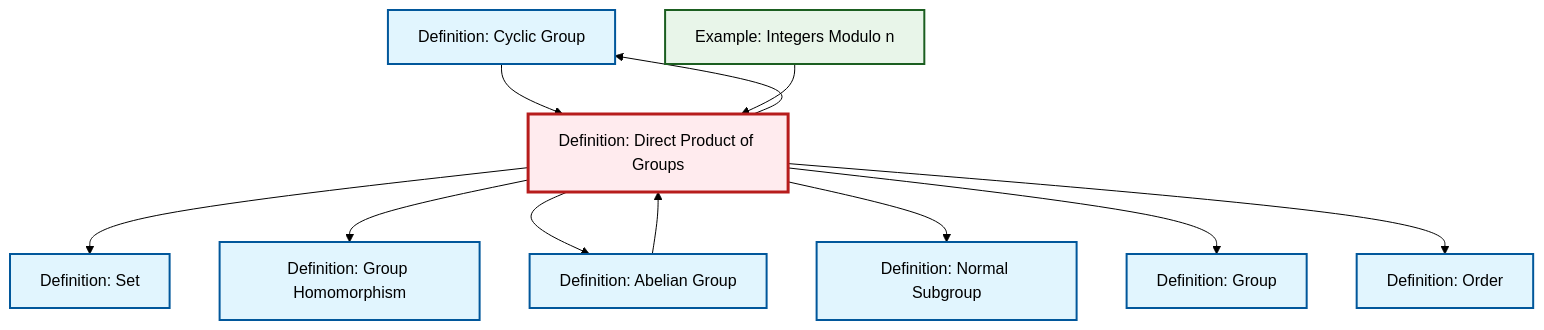
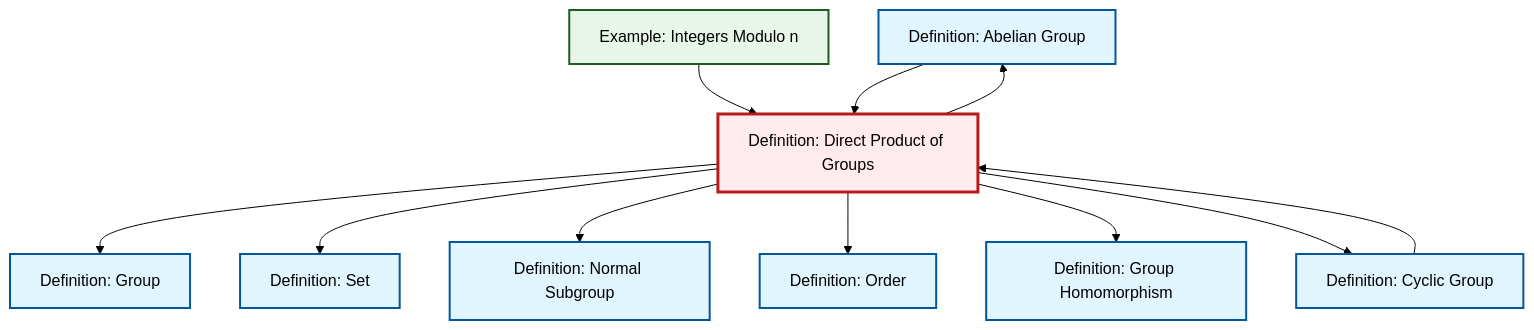
The diagram in content/en/algebra/def-direct-product.qmd (RK0429/ModernMath), drawn with Mermaid (forest theme) before and after one commit. The commit also changed other lines of this file and 619 other files, not shown here.

````diff
--- a/content/en/algebra/def-direct-product.qmd
+++ b/content/en/algebra/def-direct-product.qmd
@@ -107,37 +107,37 @@
 ```{mermaid}
 %%| fig-cap: "Local dependency graph"
 graph TD
     classDef definition fill:#e1f5fe,stroke:#01579b,stroke-width:2px
     classDef theorem fill:#f3e5f5,stroke:#4a148c,stroke-width:2px
     classDef axiom fill:#fff3e0,stroke:#e65100,stroke-width:2px
     classDef example fill:#e8f5e9,stroke:#1b5e20,stroke-width:2px
     classDef current fill:#ffebee,stroke:#b71c1c,stroke-width:3px
+    def-normal-subgroup["Definition: Normal Subgroup"]:::definition
+    def-abelian-group["Definition: Abelian Group"]:::definition
+    def-group["Definition: Group"]:::definition
+    def-set["Definition: Set"]:::definition
     def-cyclic-group["Definition: Cyclic Group"]:::definition
-    def-order["Definition: Order"]:::definition
     ex-quotient-integers-mod-n["Example: Integers Modulo n"]:::example
     def-homomorphism["Definition: Group Homomorphism"]:::definition
-    def-set["Definition: Set"]:::definition
-    def-normal-subgroup["Definition: Normal Subgroup"]:::definition
-    def-abelian-group["Definition: Abelian Group"]:::definition
+    def-order["Definition: Order"]:::definition
     def-direct-product["Definition: Direct Product of Groups"]:::definition
-    def-group["Definition: Group"]:::definition
+    def-direct-product --> def-group
+    ex-quotient-integers-mod-n --> def-direct-product
     def-direct-product --> def-set
+    def-direct-product --> def-normal-subgroup
+    def-direct-product --> def-order
+    def-cyclic-group --> def-direct-product
     def-direct-product --> def-homomorphism
     def-direct-product --> def-abelian-group
-    def-direct-product --> def-normal-subgroup
     def-abelian-group --> def-direct-product
-    def-direct-product --> def-group
-    def-cyclic-group --> def-direct-product
-    def-direct-product --> def-order
     def-direct-product --> def-cyclic-group
-    ex-quotient-integers-mod-n --> def-direct-product
     class def-direct-product current
-    click def-cyclic-group "def-cyclic-group.html" "Go to Cyclic Group definition"
-    click def-order "def-order.html" "Go to Order definition"
-    click ex-quotient-integers-mod-n "ex-quotient-integers-mod-n.html" "Go to Integers Modulo n example"
-    click def-homomorphism "def-homomorphism.html" "Go to Group Homomorphism definition"
-    click def-set "def-set.html" "Go to Set definition"
     click def-normal-subgroup "def-normal-subgroup.html" "Go to Normal Subgroup definition"
     click def-abelian-group "def-abelian-group.html" "Go to Abelian Group definition"
     click def-group "def-group.html" "Go to Group definition"
+    click def-set "def-set.html" "Go to Set definition"
+    click def-cyclic-group "def-cyclic-group.html" "Go to Cyclic Group definition"
+    click ex-quotient-integers-mod-n "ex-quotient-integers-mod-n.html" "Go to Integers Modulo n example"
+    click def-homomorphism "def-homomorphism.html" "Go to Group Homomorphism definition"
+    click def-order "def-order.html" "Go to Order definition"
 ```
````
